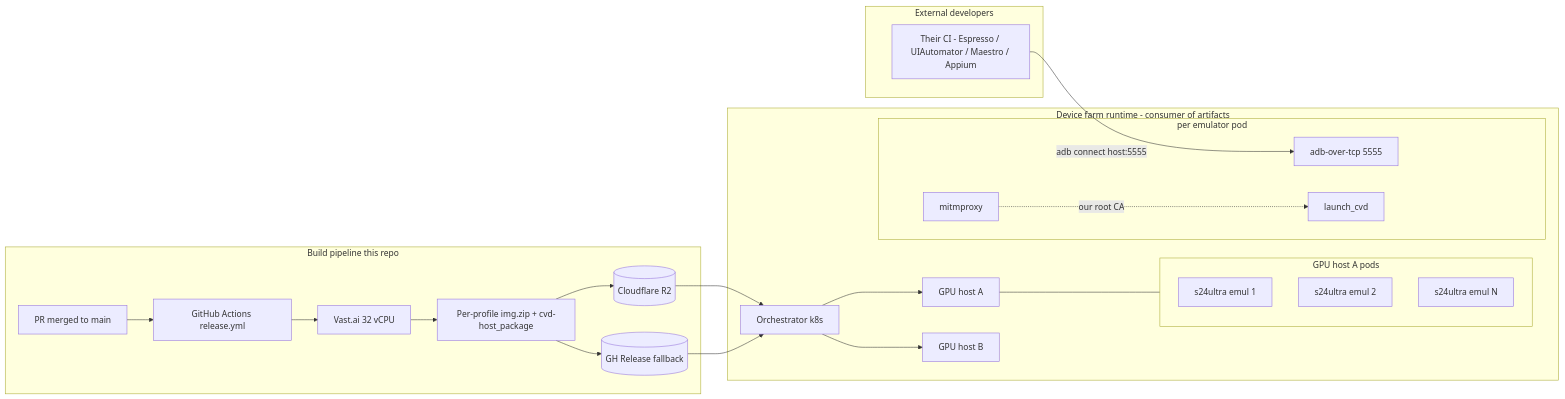
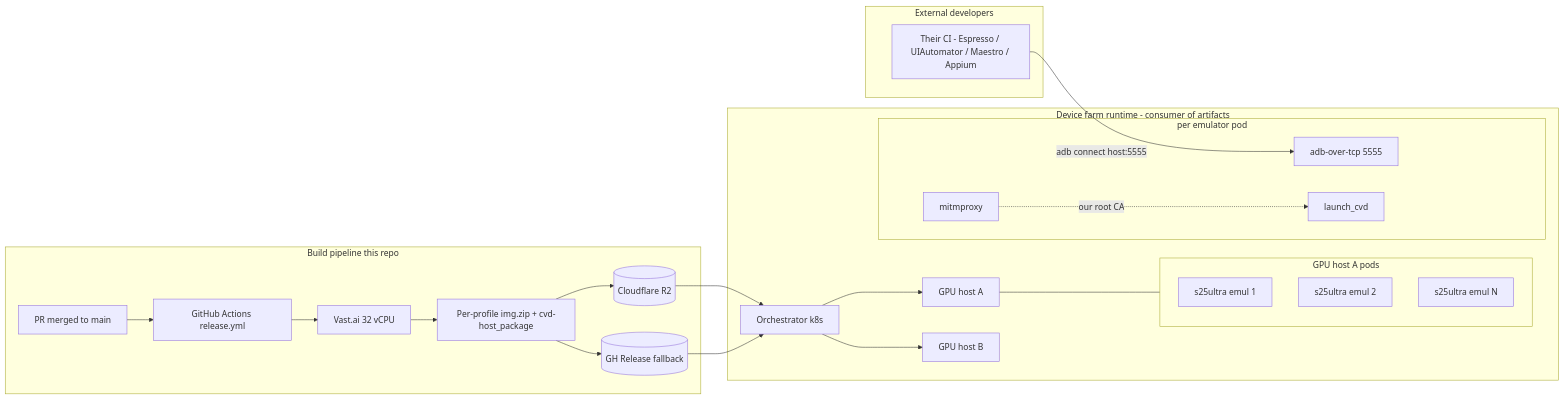
The first of 2 diagrams in docs/device-farm.md (tech-sumit/android-oem-pipeline), drawn with Mermaid before and after one commit. The commit also changed other lines of this file and 10 other files, not shown here.

````diff
--- a/docs/device-farm.md
+++ b/docs/device-farm.md
@@ -17,41 +17,41 @@
 ```mermaid
 flowchart LR
     subgraph BuildSide[Build pipeline this repo]
         PR[PR merged to main]
         PR --> GHA[GitHub Actions release.yml]
         GHA --> Vast[Vast.ai 32 vCPU]
         Vast --> Img[Per-profile img.zip + cvd-host_package]
         Img --> R2[(Cloudflare R2)]
         Img --> GHR[(GH Release fallback)]
     end
 
     subgraph FarmSide[Device farm runtime - consumer of artifacts]
         Orch[Orchestrator k8s]
         GPU1[GPU host A]
         GPU2[GPU host B]
         Orch --> GPU1
         Orch --> GPU2
 
         subgraph EmulPodA[GPU host A pods]
-            E1[s24ultra emul 1]
-            E2[s24ultra emul 2]
-            EN[s24ultra emul N]
+            E1[s25ultra emul 1]
+            E2[s25ultra emul 2]
+            EN[s25ultra emul N]
         end
         GPU1 --- EmulPodA
 
         subgraph PerEmul[per emulator pod]
             CVD[launch_cvd]
             Proxy[mitmproxy]
             ADB[adb-over-tcp 5555]
         end
     end
 
     R2 --> Orch
     GHR --> Orch
 
     subgraph Tests[External developers]
         CI[Their CI - Espresso / UIAutomator / Maestro / Appium]
     end
     CI -- adb connect host:5555 --> ADB
     Proxy -. our root CA .-> CVD
 ```
````
